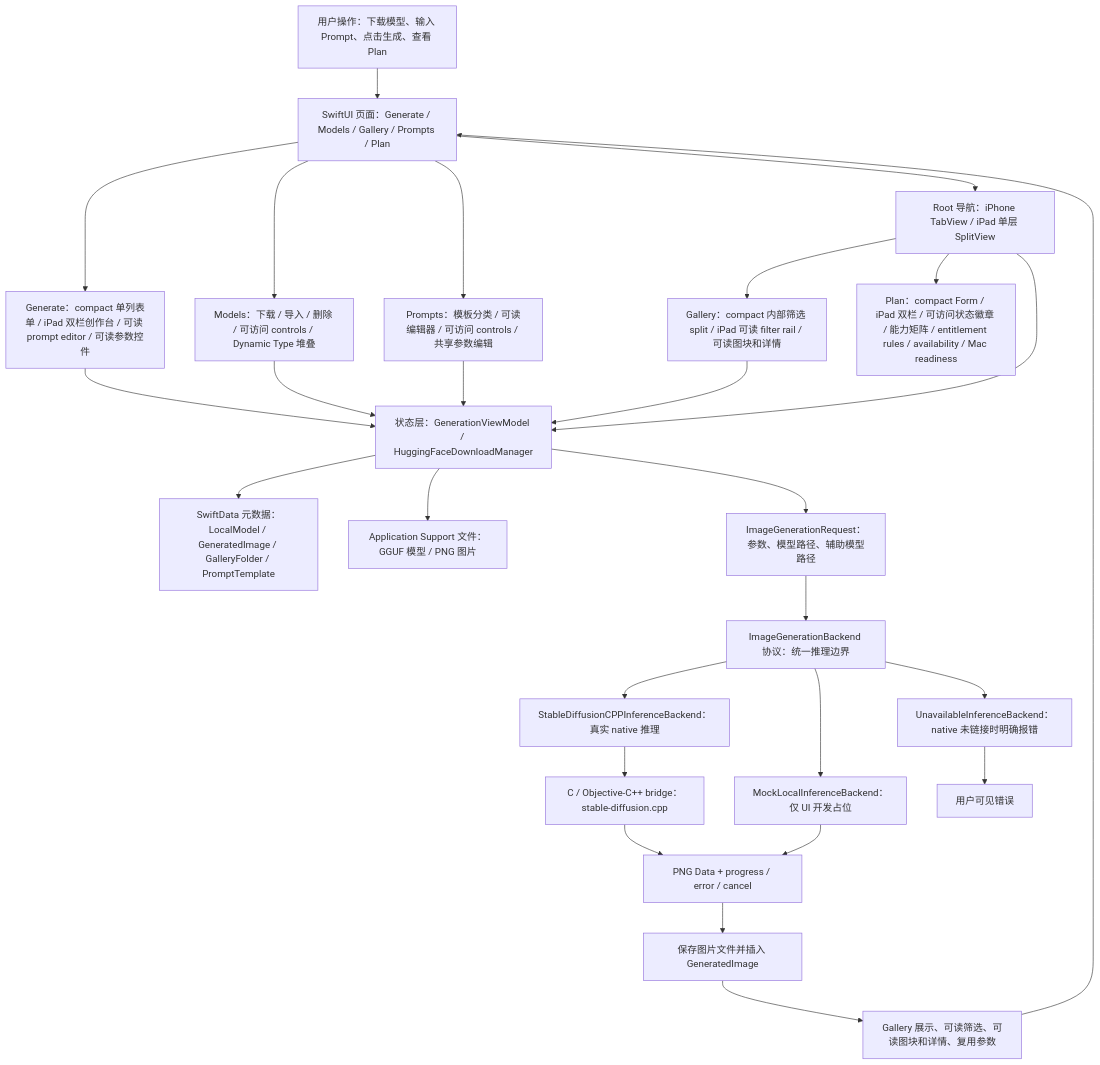
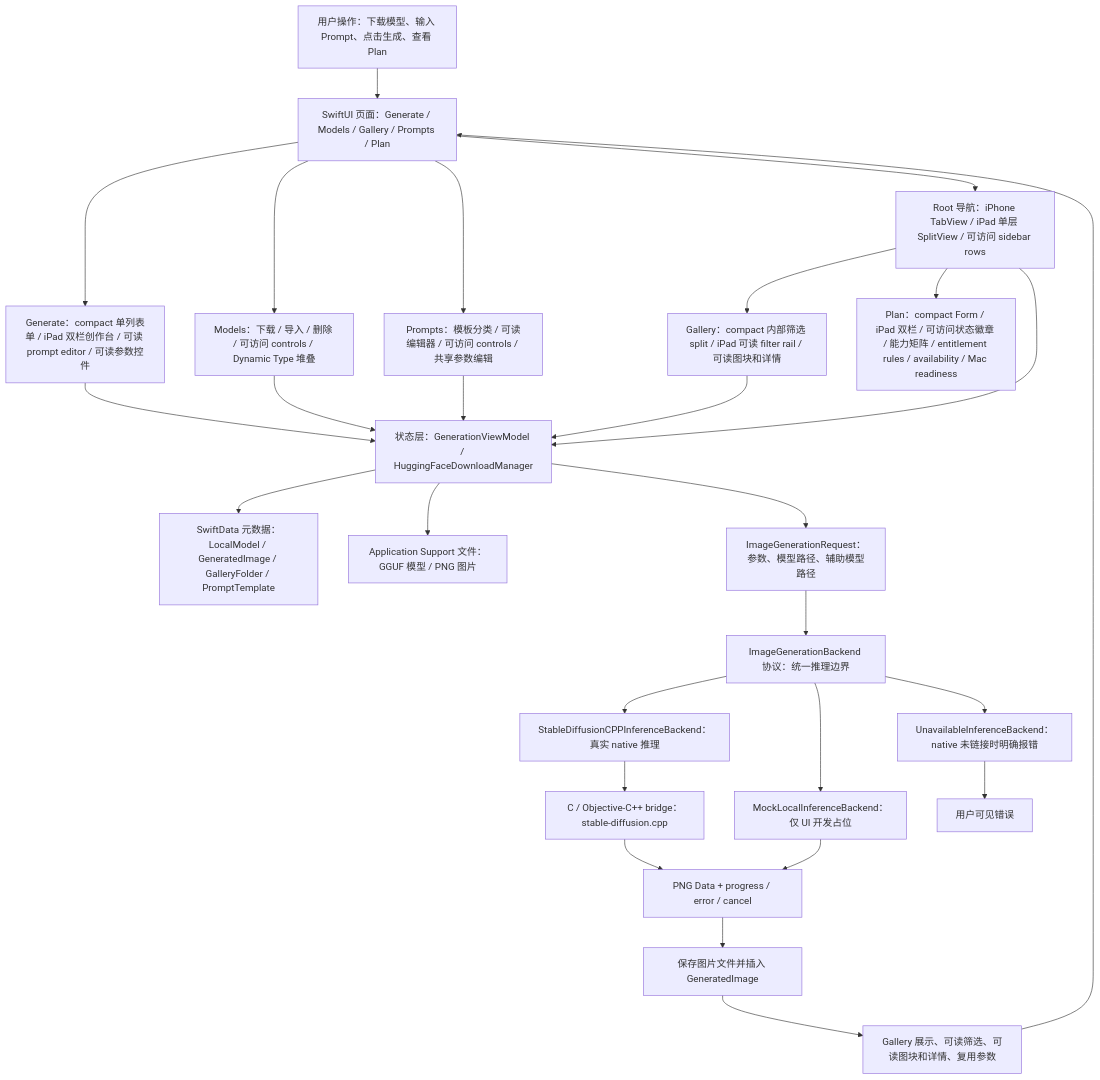
One commit to Altman-sam114/118 changed the first of 7 diagrams in md/flow/flowchart.md. Above: the diagram before and after it, drawn with Mermaid. The commit also changed 5 other files, not shown here.

First line of the commit message:
v1.20: Root sidebar accessibility

````diff
--- a/md/flow/flowchart.md
+++ b/md/flow/flowchart.md
@@ -9,29 +9,29 @@
 ```mermaid
 flowchart TD
   U["用户操作：下载模型、输入 Prompt、点击生成、查看 Plan"] --> UI["SwiftUI 页面：Generate / Models / Gallery / Prompts / Plan"]
   UI --> GENUI["Generate：compact 单列表单 / iPad 双栏创作台 / 可读 prompt editor / 可读参数控件"]
   UI --> MODELUI["Models：下载 / 导入 / 删除 / 可访问 controls / Dynamic Type 堆叠"]
   UI --> PROMPTUI["Prompts：模板分类 / 可读编辑器 / 可访问 controls / 共享参数编辑"]
-  UI --> NAV["Root 导航：iPhone TabView / iPad 单层 SplitView"]
+  UI --> NAV["Root 导航：iPhone TabView / iPad 单层 SplitView / 可访问 sidebar rows"]
   NAV --> GALUI["Gallery：compact 内部筛选 split / iPad 可读 filter rail / 可读图块和详情"]
   NAV --> PLANUI["Plan：compact Form / iPad 双栏 / 可访问状态徽章 / 能力矩阵 / entitlement rules / availability / Mac readiness"]
   NAV --> VM["状态层：GenerationViewModel / HuggingFaceDownloadManager"]
   GENUI --> VM
   MODELUI --> VM
   PROMPTUI --> VM
   GALUI --> VM
   VM --> SD["SwiftData 元数据：LocalModel / GeneratedImage / GalleryFolder / PromptTemplate"]
   VM --> FS["Application Support 文件：GGUF 模型 / PNG 图片"]
   VM --> REQ["ImageGenerationRequest：参数、模型路径、辅助模型路径"]
   REQ --> IFACE["ImageGenerationBackend 协议：统一推理边界"]
   IFACE --> NATIVE["StableDiffusionCPPInferenceBackend：真实 native 推理"]
   IFACE --> MOCK["MockLocalInferenceBackend：仅 UI 开发占位"]
   IFACE --> OFF["UnavailableInferenceBackend：native 未链接时明确报错"]
   NATIVE --> BRIDGE["C / Objective-C++ bridge：stable-diffusion.cpp"]
   BRIDGE --> PNG["PNG Data + progress / error / cancel"]
   MOCK --> PNG
   OFF --> ERR["用户可见错误"]
   PNG --> SAVE["保存图片文件并插入 GeneratedImage"]
   SAVE --> GALLERY["Gallery 展示、可读筛选、可读图块和详情、复用参数"]
   GALLERY --> UI
 ```
````
